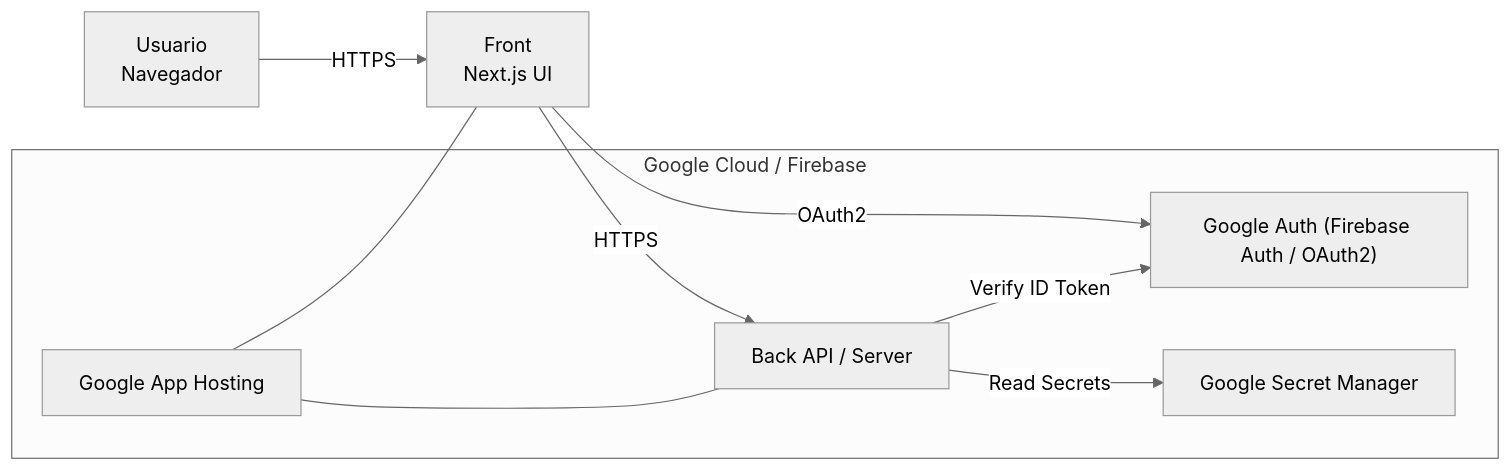
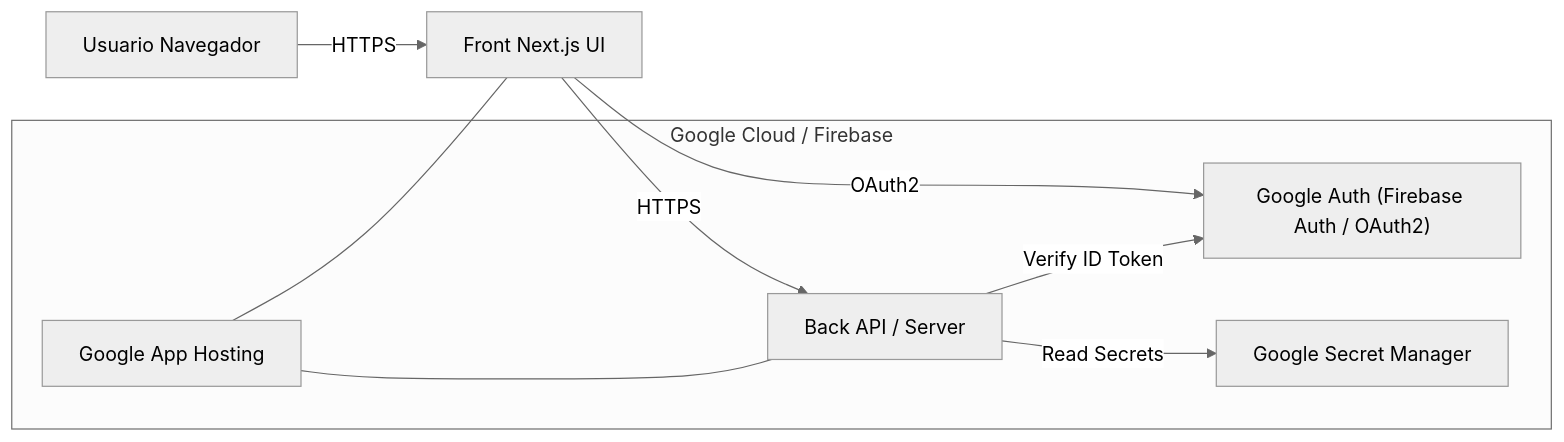
One commit to Ivaan2/studio changed the diagram in docs/Networking_Diagram.md. Above: the diagram before and after it, drawn with Mermaid (neutral theme). The commit also changed 1 other file, not shown here.

Commit message:
fix: technical documentation

````diff
--- a/docs/Networking_Diagram.md
+++ b/docs/Networking_Diagram.md
@@ -5,19 +5,19 @@
 ```mermaid
 flowchart LR
-  user["Usuario\nNavegador"] -->|HTTPS| front["Front\nNext.js UI"]
+  user["Usuario Navegador"] -->|HTTPS| front["Front Next.js UI"]
 
   subgraph google_cloud["Google Cloud / Firebase"]
     apphost["Google App Hosting"]
     back["Back API / Server"]
     auth["Google Auth (Firebase Auth / OAuth2)"]
     secrets["Google Secret Manager"]
   end
 
   front -->|HTTPS| back
   front -->|OAuth2| auth
   back -->|Verify ID Token| auth
   back -->|Read Secrets| secrets
 
   apphost --- front
   apphost --- back
 ```
````
